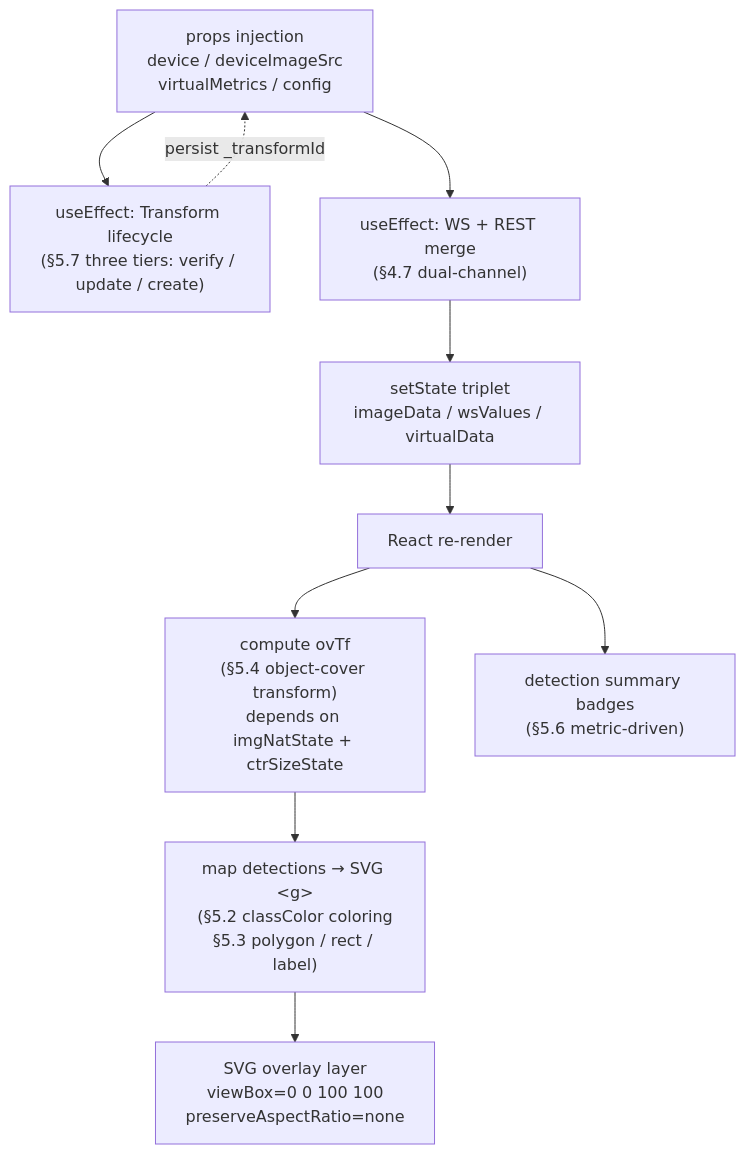
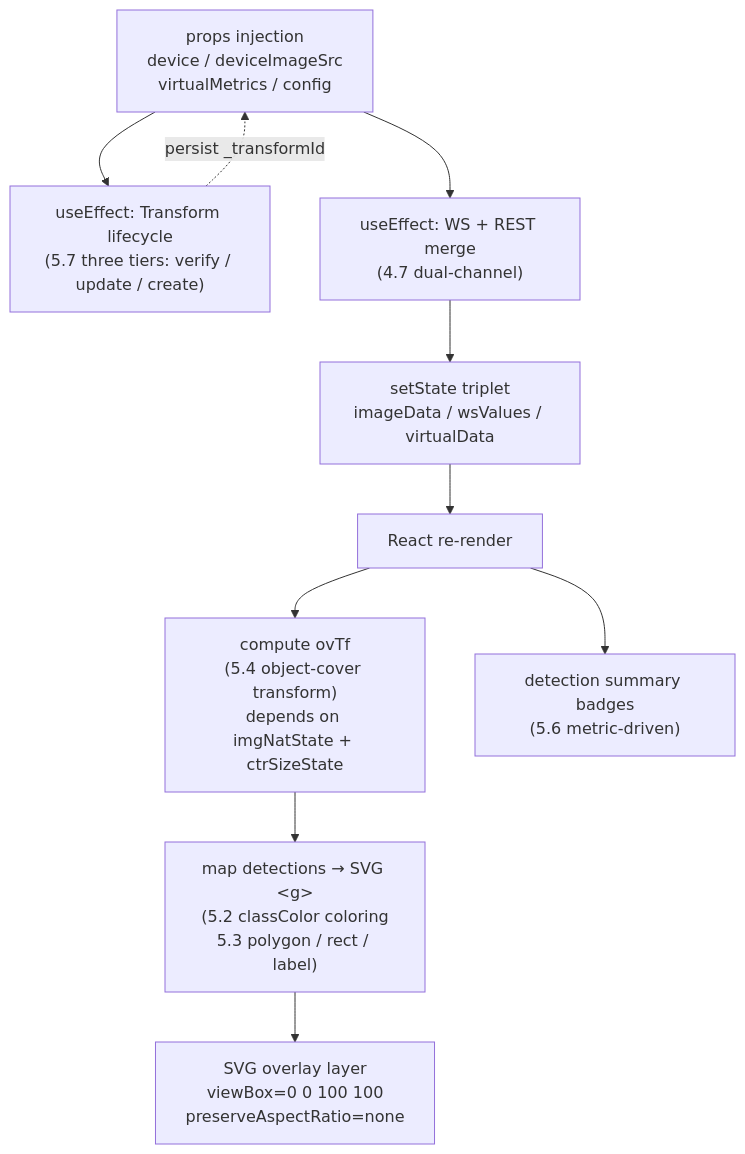
The first of 3 diagrams in i18n/en/docusaurus-plugin-content-docs/current/0-neomind/developer-guide/case-studies/7-ne101-camera-component/5-frontend-consume.md (luommy/wiki-documents), drawn with Mermaid before and after one commit. The commit also changed other lines of this file and 30 other files, not shown here.

````diff
--- a/i18n/en/docusaurus-plugin-content-docs/current/0-neomind/developer-guide/case-studies/7-ne101-camera-component/5-frontend-consume.md
+++ b/i18n/en/docusaurus-plugin-content-docs/current/0-neomind/developer-guide/case-studies/7-ne101-camera-component/5-frontend-consume.md
@@ -20,22 +20,22 @@
 ```mermaid
 graph TB
     PROPS["props injection<br/>device / deviceImageSrc<br/>virtualMetrics / config"]
-    EFFECT_TR["useEffect: Transform lifecycle<br/>(§5.7 three tiers: verify / update / create)"]
-    EFFECT_FETCH["useEffect: WS + REST merge<br/>(§4.7 dual-channel)"]
+    EFFECT_TR["useEffect: Transform lifecycle<br/>(5.7 three tiers: verify / update / create)"]
+    EFFECT_FETCH["useEffect: WS + REST merge<br/>(4.7 dual-channel)"]
     STATE["setState triplet<br/>imageData / wsValues / virtualData"]
     RERENDER["React re-render"]
-    OVTF["compute ovTf<br/>(§5.4 object-cover transform)<br/>depends on imgNatState + ctrSizeState"]
-    MAPDET["map detections → SVG &lt;g&gt;<br/>(§5.2 classColor coloring<br/>§5.3 polygon / rect / label)"]
+    OVTF["compute ovTf<br/>(5.4 object-cover transform)<br/>depends on imgNatState + ctrSizeState"]
+    MAPDET["map detections → SVG &lt;g&gt;<br/>(5.2 classColor coloring<br/>5.3 polygon / rect / label)"]
     SVG["SVG overlay layer<br/>viewBox=0 0 100 100<br/>preserveAspectRatio=none"]
-    BADGES["detection summary badges<br/>(§5.6 metric-driven)"]
+    BADGES["detection summary badges<br/>(5.6 metric-driven)"]
 
     PROPS --> EFFECT_TR
     PROPS --> EFFECT_FETCH
     EFFECT_TR -.->|"persist _transformId"| PROPS
     EFFECT_FETCH --> STATE
     STATE --> RERENDER
     RERENDER --> OVTF
     OVTF --> MAPDET
     MAPDET --> SVG
     RERENDER --> BADGES
 ```
````
